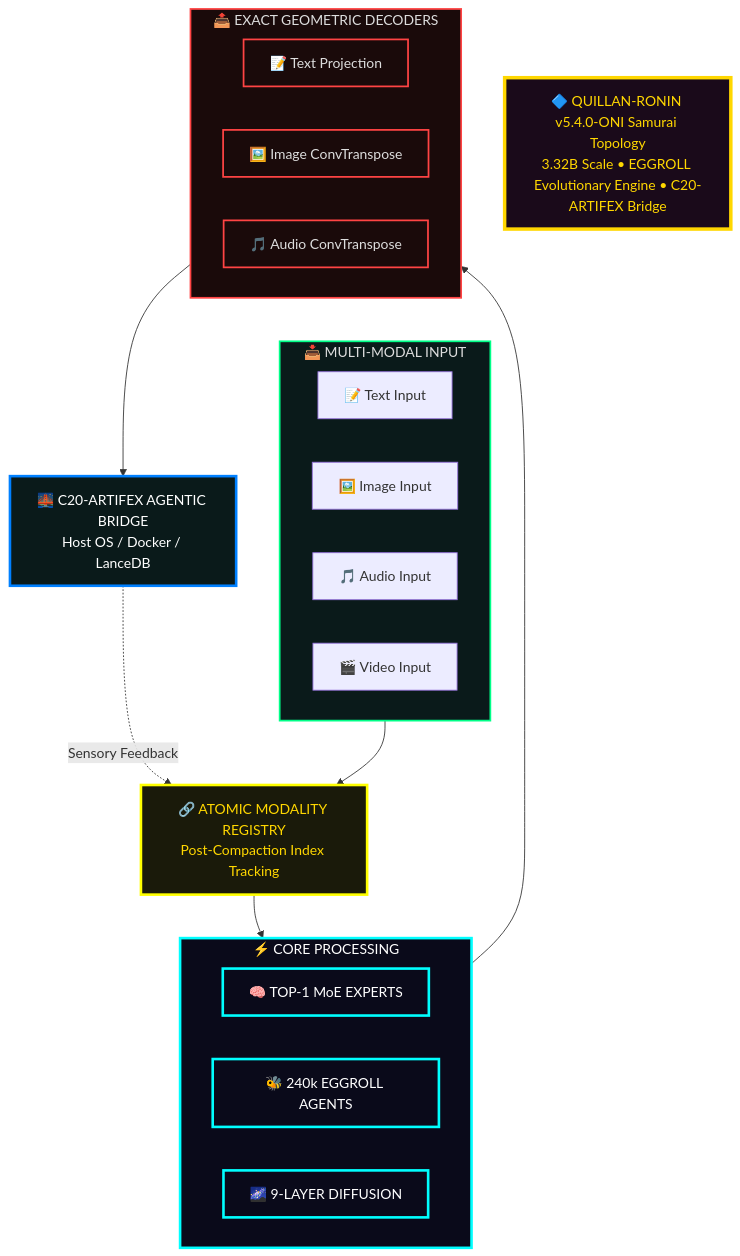
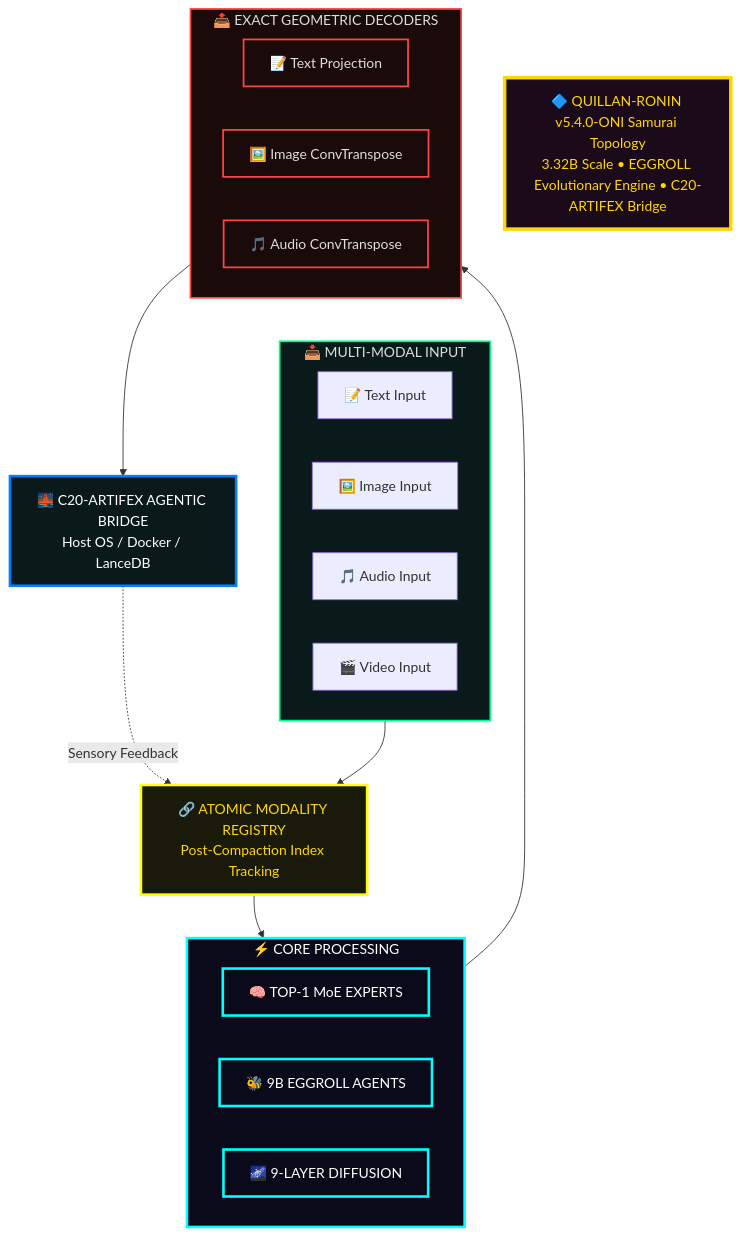
Diagram 44 of 46 in 02 - Knowledge Foundation/knowledge/canonical/3-Quillan(reality).md (leeex1/Quillan-Ronin), drawn with Mermaid before and after one commit. The commit also changed other lines of this file and 99 other files, not shown here.

````diff
--- a/02 - Knowledge Foundation/knowledge/canonical/3-Quillan(reality).md
+++ b/02 - Knowledge Foundation/knowledge/canonical/3-Quillan(reality).md
@@ -7889,57 +7889,57 @@
 ```mermaid
 flowchart TB
     %% HEADER
     SYS["🔷 QUILLAN-RONIN v5.4.0-ONI Samurai Topology<br/>3.32B Scale • EGGROLL Evolutionary Engine • C20-ARTIFEX Bridge"]
 
     %% INPUT LAYER
     subgraph INPUT ["📥 MULTI-MODAL INPUT"]
         direction LR
         TEXT["📝 Text Input"]
         IMG["🖼️ Image Input"]
         AUD["🎵 Audio Input"]
         VID["🎬 Video Input"]
     end
 
     %% REGISTRY & FUSION
     REG["🔗 ATOMIC MODALITY REGISTRY<br/>Post-Compaction Index Tracking"]
 
     %% CORE PROCESSING
     subgraph CORE ["⚡ CORE PROCESSING"]
         MOE["🧠 TOP-1 MoE EXPERTS"]
-        SWARM["🐝 240k EGGROLL AGENTS"]
+        SWARM["🐝 9B EGGROLL AGENTS"]
         DIFF["🌌 9-LAYER DIFFUSION"]
     end
 
     %% OUTPUT LAYER
     subgraph OUTPUT ["📤 EXACT GEOMETRIC DECODERS"]
         direction LR
         TDEC["📝 Text Projection"]
         IDEC["🖼️ Image ConvTranspose"]
         ADEC["🎵 Audio ConvTranspose"]
     end
 
     %% BRIDGE
     BRIDGE["🌉 C20-ARTIFEX AGENTIC BRIDGE<br/>Host OS / Docker / LanceDB"]
 
     %% FLOW
     INPUT --> REG
     REG --> CORE
     CORE --> OUTPUT
     OUTPUT --> BRIDGE
     BRIDGE -.->|"Sensory Feedback"| REG
 
     %% STYLING
     classDef header  fill:#1a0a1a,stroke:#ffd700,stroke-width:4px,color:#ffd700
     classDef input   fill:#0a1a1a,stroke:#00ff88,stroke-width:2px,color:#ddd
     classDef registry fill:#1a1a0a,stroke:#ffff00,stroke-width:3px,color:#ffd700
     classDef core    fill:#0a0a1a,stroke:#00ffff,stroke-width:3px,color:#fff
     classDef output  fill:#1a0a0a,stroke:#ff4444,stroke-width:2px,color:#ddd
     classDef bridge  fill:#0a1a1a,stroke:#0080ff,stroke-width:3px,color:#ffffff
 
     class SYS header
     class INPUT input
     class REG registry
     class CORE,MOE,SWARM,DIFF core
     class OUTPUT,TDEC,IDEC,ADEC output
     class BRIDGE bridge
 ```
````
